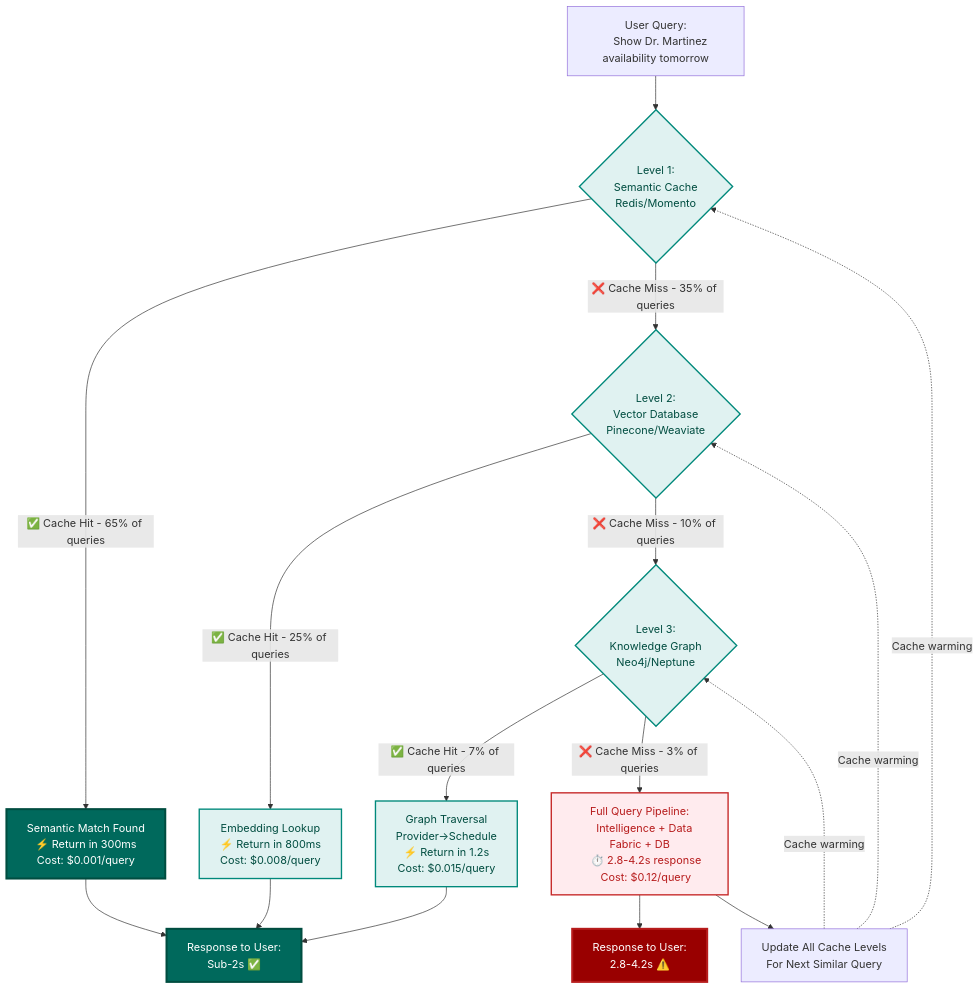
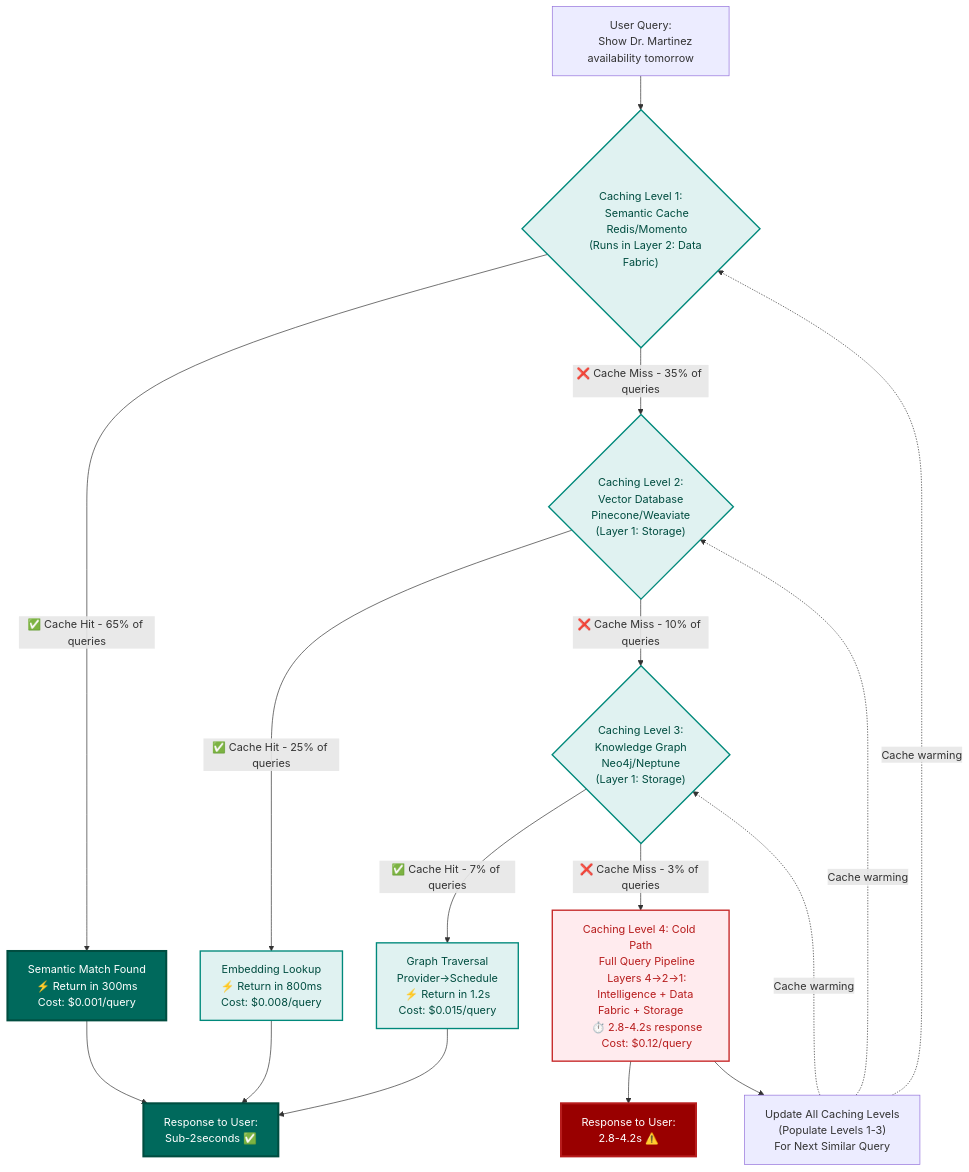
The fifth of 11 diagrams in chapter-02/chapter_2_complete.md (colaberry/enterprise-data-readiness-ai-agents), drawn with Mermaid before and after one commit. The commit also changed other lines of this file, not shown here.

First line of the commit message:
fixing chapter 2 diagrams

````diff
--- a/chapter-02/chapter_2_complete.md
+++ b/chapter-02/chapter_2_complete.md
@@ -688,60 +688,66 @@
 ```mermaid
 graph TD
     Q["User Query:
     Show Dr. Martinez availability tomorrow"]
     
-    Q --> L1{"Level 1:
+    Q --> L1{"Caching Level 1:
     Semantic Cache
-    Redis/Momento"}
+    Redis/Momento
+    (Runs in Layer 2: Data Fabric)"}
     
     L1 -->|✅ Cache Hit - 65% of queries| C1["Semantic Match Found
     ⚡ Return in 300ms
     Cost: $0.001/query"]
     
-    L1 -->|❌ Cache Miss - 35% of queries| L2{"Level 2:
+    L1 -->|❌ Cache Miss - 35% of queries| L2{"Caching Level 2:
     Vector Database
-    Pinecone/Weaviate"}
+    Pinecone/Weaviate
+    (Layer 1: Storage)"}
     
     L2 -->|✅ Cache Hit - 25% of queries| C2["Embedding Lookup
     ⚡ Return in 800ms
     Cost: $0.008/query"]
     
-    L2 -->|❌ Cache Miss - 10% of queries| L3{"Level 3:
+    L2 -->|❌ Cache Miss - 10% of queries| L3{"Caching Level 3:
     Knowledge Graph
-    Neo4j/Neptune"}
+    Neo4j/Neptune
+    (Layer 1: Storage)"}
     
     L3 -->|✅ Cache Hit - 7% of queries| C3["Graph Traversal
     Provider→Schedule
     ⚡ Return in 1.2s
     Cost: $0.015/query"]
     
-    L3 -->|❌ Cache Miss - 3% of queries| L4["Full Query Pipeline:
-    Intelligence + Data Fabric + DB
+    L3 -->|❌ Cache Miss - 3% of queries| L4["Caching Level 4: Cold Path
+    Full Query Pipeline
+    Layers 4→2→1:
+    Intelligence + Data Fabric + Storage
     ⏱️ 2.8-4.2s response
     Cost: $0.12/query"]
     
     C1 --> R["Response to User:
-    Sub-2s ✅"]
+    Sub-2seconds ✅"]
     C2 --> R
     C3 --> R
     L4 --> SLOW["Response to User:
     2.8-4.2s ⚠️"]
     
-    L4 --> U["Update All Cache Levels
+    L4 --> U["Update All Caching Levels
+    (Populate Levels 1-3)
     For Next Similar Query"]
     
     U -.->|Cache warming| L1
     U -.->|Cache warming| L2
     U -.->|Cache warming| L3
     
     style C1 fill:#00695c,color:#ffffff,stroke:#004d40,stroke-width:3px
     style C2 fill:#e0f2f1,stroke:#00897b,stroke-width:2px,color:#004d40
     style C3 fill:#e0f2f1,stroke:#00897b,stroke-width:2px,color:#004d40
     style L4 fill:#ffebee,stroke:#c62828,stroke-width:2px,color:#b71c1c
     style R fill:#00695c,color:#ffffff,stroke:#004d40,stroke-width:3px
     style SLOW fill:#990000,color:#ffffff,stroke:#b71c1c,stroke-width:3px
     
     style L1 fill:#e0f2f1,stroke:#00897b,stroke-width:2px,color:#004d40
     style L2 fill:#e0f2f1,stroke:#00897b,stroke-width:2px,color:#004d40
     style L3 fill:#e0f2f1,stroke:#00897b,stroke-width:2px,color:#004d40
 ```
````
